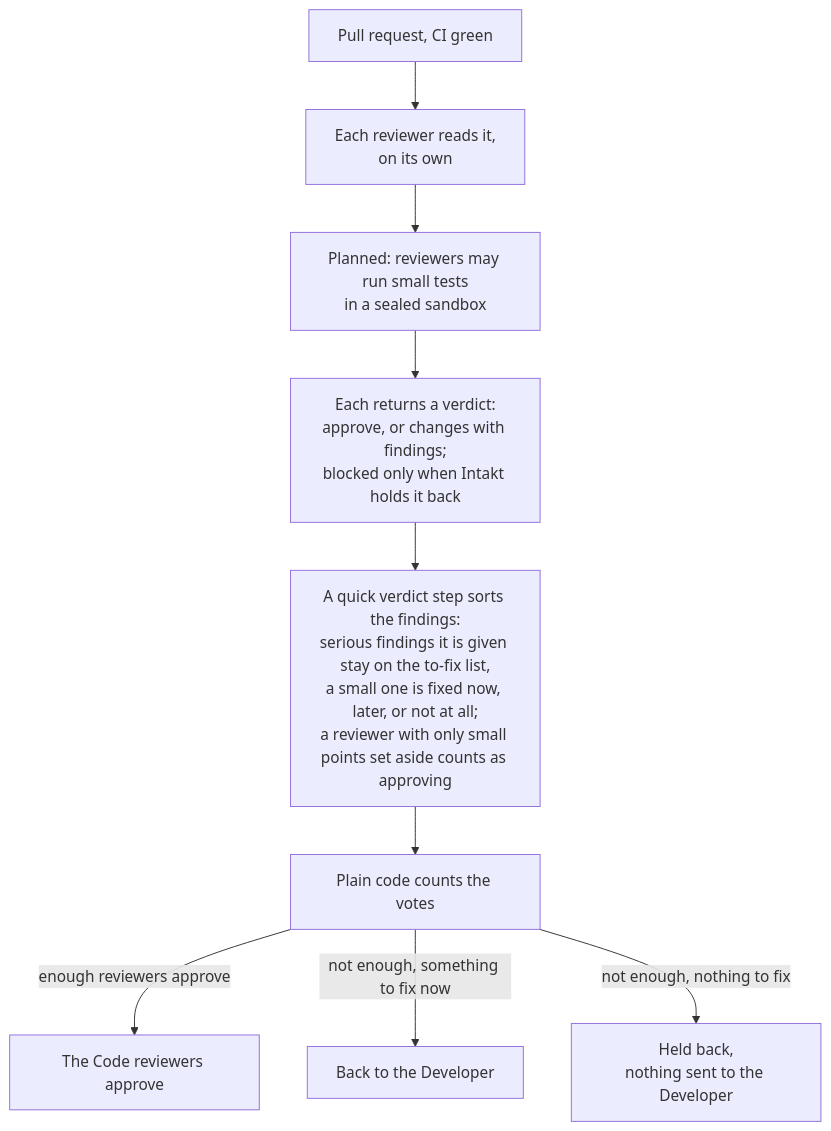
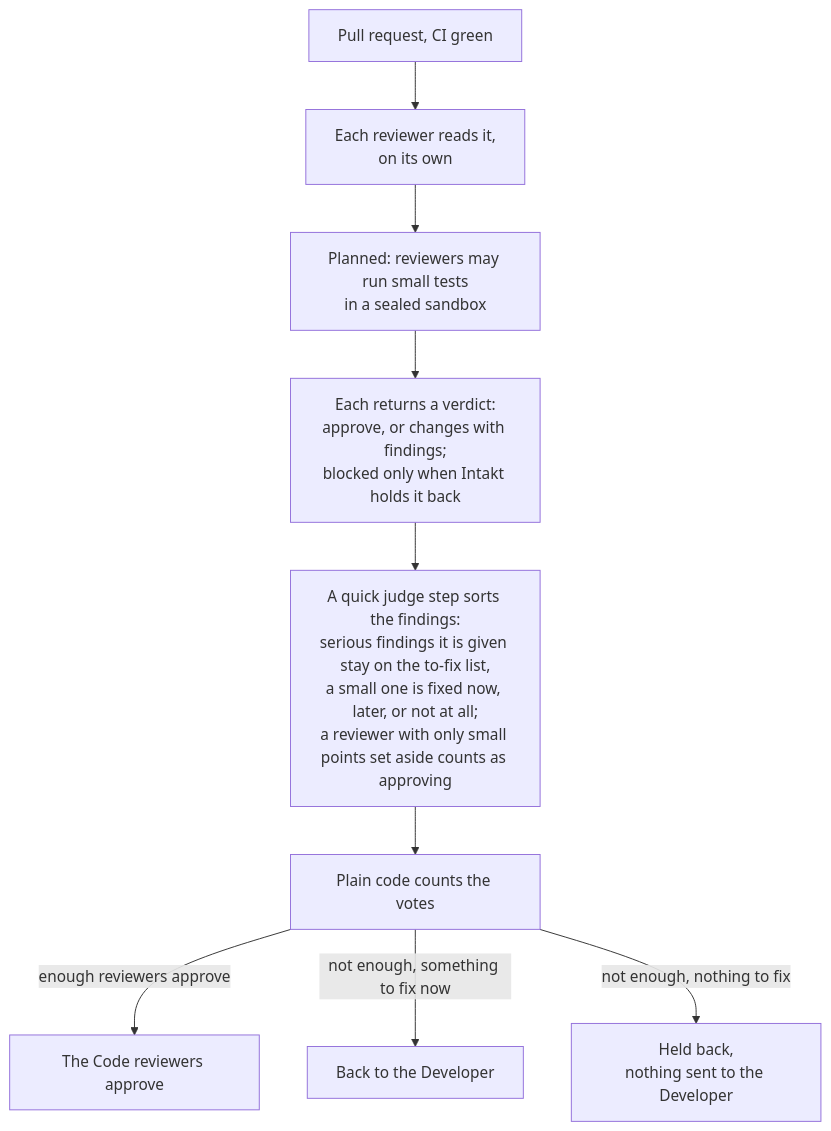
One commit to shinyredapples/intakt changed the fourth of 5 diagrams in docs/guide/the-journey-of-a-task.md. Above: the diagram before and after it, drawn with Mermaid. The commit also changed other lines of this file and 9 other files, not shown here.

````diff
--- a/docs/guide/the-journey-of-a-task.md
+++ b/docs/guide/the-journey-of-a-task.md
@@ -97,11 +97,11 @@
 ```mermaid
 flowchart TD
   pr[Pull request, CI green] --> panel[Each reviewer reads it,<br/>on its own]
   panel --> probes[Planned: reviewers may run small tests<br/>in a sealed sandbox]
   probes --> verdicts[Each returns a verdict:<br/>approve, or changes with findings;<br/>blocked only when Intakt holds it back]
-  verdicts --> verdict[A quick verdict step sorts the findings:<br/>serious findings it is given stay on the to-fix list,<br/>a small one is fixed now, later, or not at all;<br/>a reviewer with only small points set aside counts as approving]
-  verdict --> count[Plain code counts the votes]
+  verdicts --> judge[A quick judge step sorts the findings:<br/>serious findings it is given stay on the to-fix list,<br/>a small one is fixed now, later, or not at all;<br/>a reviewer with only small points set aside counts as approving]
+  judge --> count[Plain code counts the votes]
   count -- enough reviewers approve --> pass[The Code reviewers approve]
   count -- not enough, something to fix now --> build[Back to the Developer]
   count -- not enough, nothing to fix --> held[Held back,<br/>nothing sent to the Developer]
 ```
````
